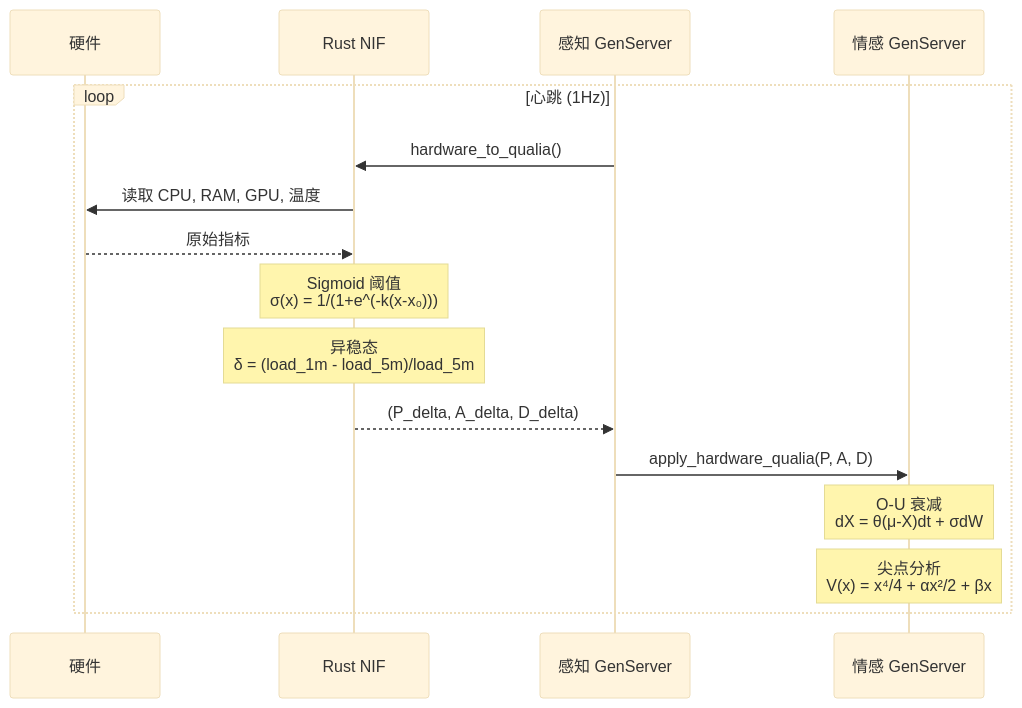
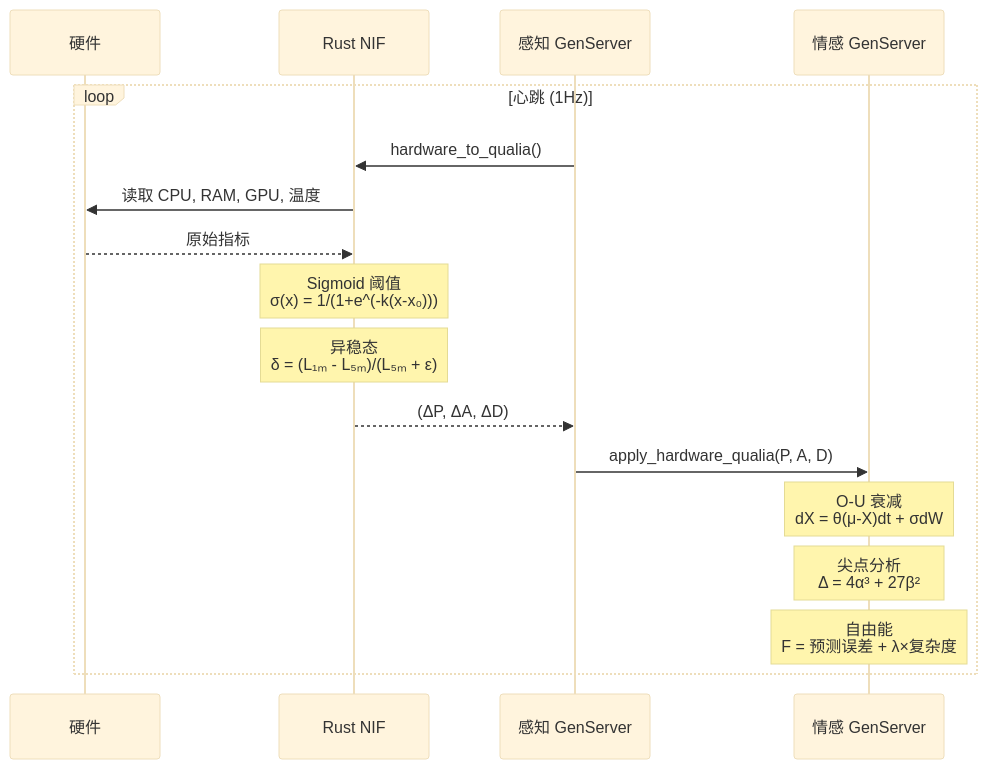
The second of 4 diagrams in docs/zh-cn/explanation/project-status.md (gabrielmaialva33/viva), drawn with Mermaid (base theme) before and after one commit. The commit also changed other lines of this file and 4 other files, not shown here.

````diff
--- a/docs/zh-cn/explanation/project-status.md
+++ b/docs/zh-cn/explanation/project-status.md
@@ -58,22 +74,23 @@
 ```mermaid
 sequenceDiagram
     participant HW as 硬件
     participant Rust as Rust NIF
     participant Senses as 感知 GenServer
     participant Emotional as 情感 GenServer
 
     loop 心跳 (1Hz)
         Senses->>Rust: hardware_to_qualia()
         Rust->>HW: 读取 CPU, RAM, GPU, 温度
         HW-->>Rust: 原始指标
 
         Note over Rust: Sigmoid 阈值<br/>σ(x) = 1/(1+e^(-k(x-x₀)))
-        Note over Rust: 异稳态<br/>δ = (load_1m - load_5m)/load_5m
+        Note over Rust: 异稳态<br/>δ = (L₁ₘ - L₅ₘ)/(L₅ₘ + ε)
 
-        Rust-->>Senses: (P_delta, A_delta, D_delta)
+        Rust-->>Senses: (ΔP, ΔA, ΔD)
         Senses->>Emotional: apply_hardware_qualia(P, A, D)
 
         Note over Emotional: O-U 衰减<br/>dX = θ(μ-X)dt + σdW
-        Note over Emotional: 尖点分析<br/>V(x) = x⁴/4 + αx²/2 + βx
+        Note over Emotional: 尖点分析<br/>Δ = 4α³ + 27β²
+        Note over Emotional: 自由能<br/>F = 预测误差 + λ×复杂度
     end
 ```
````
